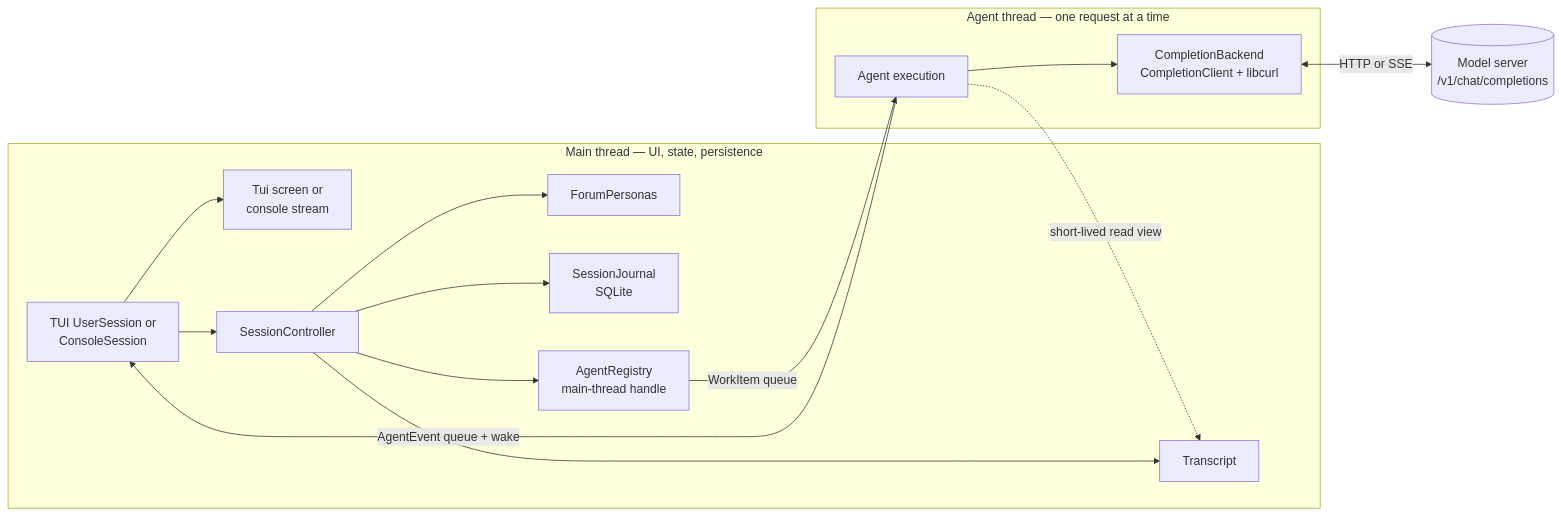
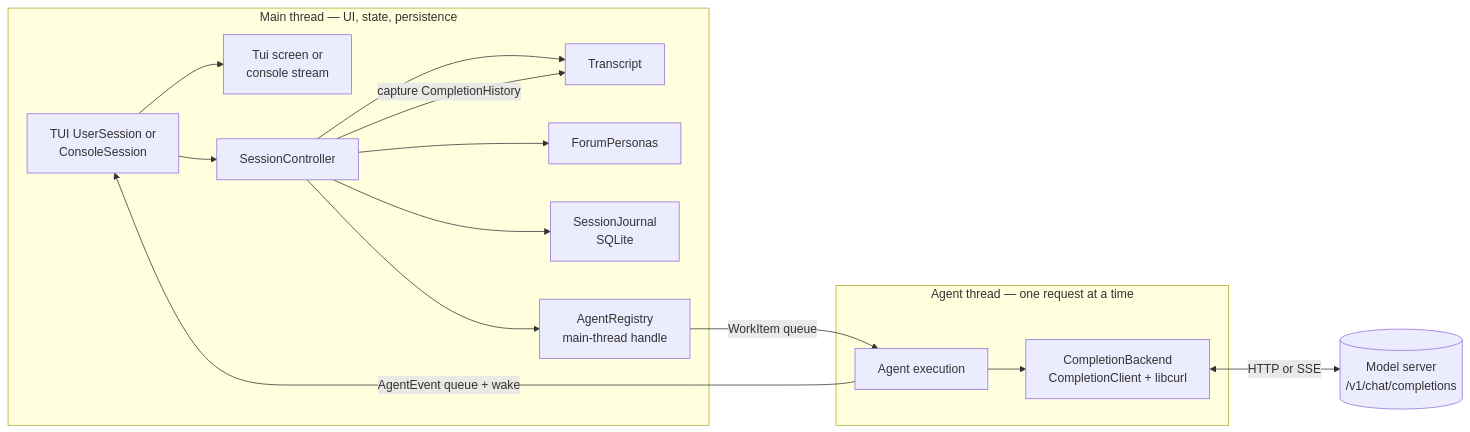
Before and after one commit to michaelpopov/cha: the first of 4 diagrams in src/README.md, drawn with Mermaid. The commit also changed other lines of this file and 24 other files, not shown here.

````diff
--- a/src/README.md
+++ b/src/README.md
@@ -95,31 +95,31 @@
 ```mermaid
 flowchart LR
     subgraph mainthread["Main thread — UI, state, persistence"]
         frontend["TUI UserSession or<br/>ConsoleSession"]
         presentation["Tui screen or<br/>console stream"]
         controller["SessionController"]
         conv["Transcript"]
         personas["ForumPersonas"]
         journal["SessionJournal<br/>SQLite"]
         registry["AgentRegistry<br/>main-thread handle"]
     end
 
     subgraph agentthread["Agent thread — one request at a time"]
         execution["Agent execution"]
         backend["CompletionBackend<br/>CompletionClient + libcurl"]
     end
 
     provider[("Model server<br/>/v1/chat/completions")]
 
     frontend --> presentation
     frontend --> controller
     controller --> conv
     controller --> personas
     controller --> journal
     controller --> registry
+    controller -->|"capture CompletionHistory"| conv
     registry -->|"WorkItem queue"| execution
     execution --> backend
     backend <-->|"HTTP or SSE"| provider
     execution -->|"AgentEvent queue + wake"| frontend
-    execution -.->|"short-lived read view"| conv
 ```
````
